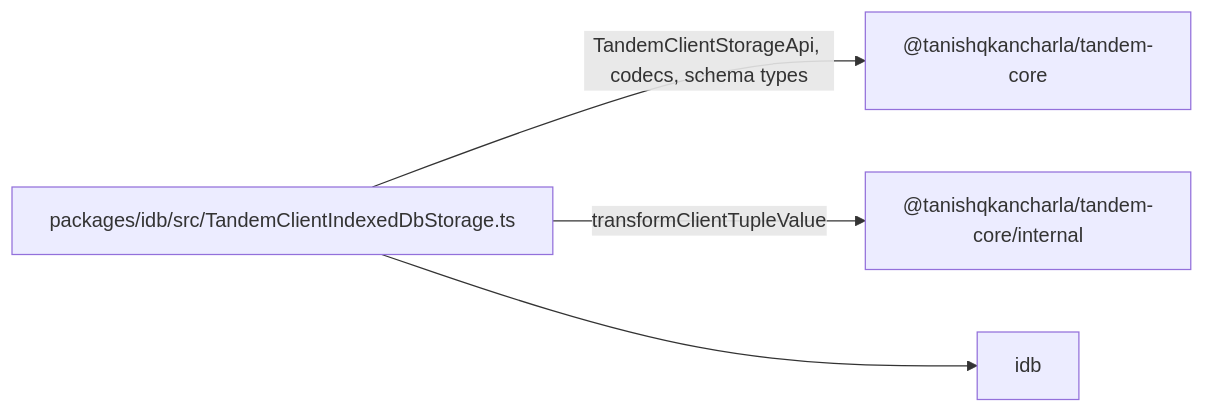
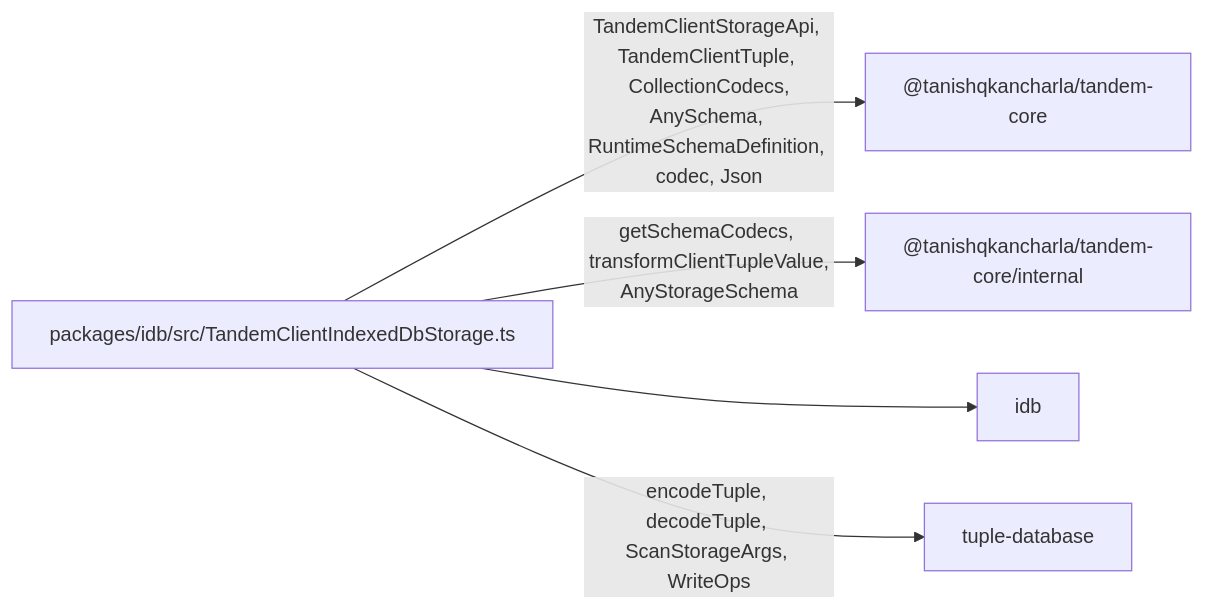
Before and after one commit to tanishqkancharla/tandem: the diagram in .diffmap/specs/core-without-environment-code/02-idb-package.md, drawn with Mermaid. The commit also changed other lines of this file, not shown here.

````diff
--- a/.diffmap/specs/core-without-environment-code/02-idb-package.md
+++ b/.diffmap/specs/core-without-environment-code/02-idb-package.md
@@ -13,12 +13,14 @@
 ```mermaid [Imports of the moved storage]
 flowchart LR
     storage["packages/idb/src/TandemClientIndexedDbStorage.ts"]
     main["@tanishqkancharla/tandem-core"]
     internal["@tanishqkancharla/tandem-core/internal"]
     idbdep["idb"]
-    storage -->|"TandemClientStorageApi, codecs, schema types"| main
-    storage -->|transformClientTupleValue| internal
+    tuples["tuple-database"]
+    storage -->|"TandemClientStorageApi, TandemClientTuple, CollectionCodecs,<br/>AnySchema, RuntimeSchemaDefinition, codec, Json"| main
+    storage -->|"getSchemaCodecs, transformClientTupleValue,<br/>AnyStorageSchema"| internal
     storage --> idbdep
+    storage -->|"encodeTuple, decodeTuple, ScanStorageArgs, WriteOps"| tuples
     %% ref node:main [[packages/core/src/index.ts]]
     %% ref node:internal [[packages/core/src/internal.ts]]
 ```
````
